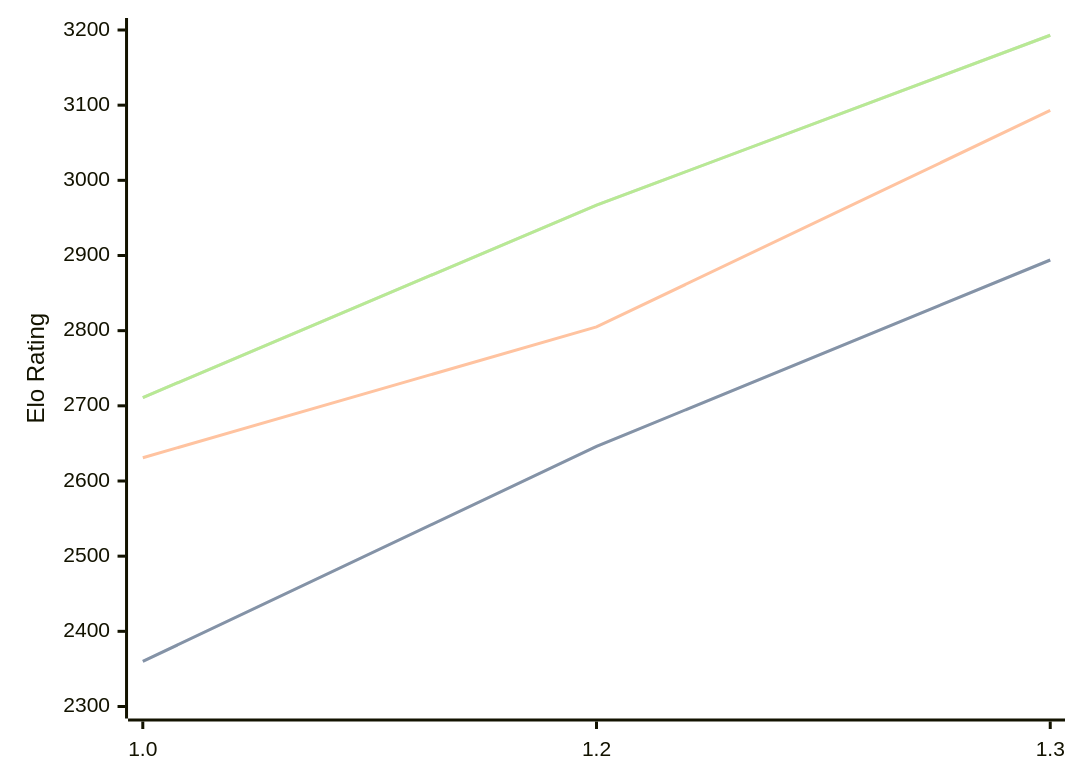
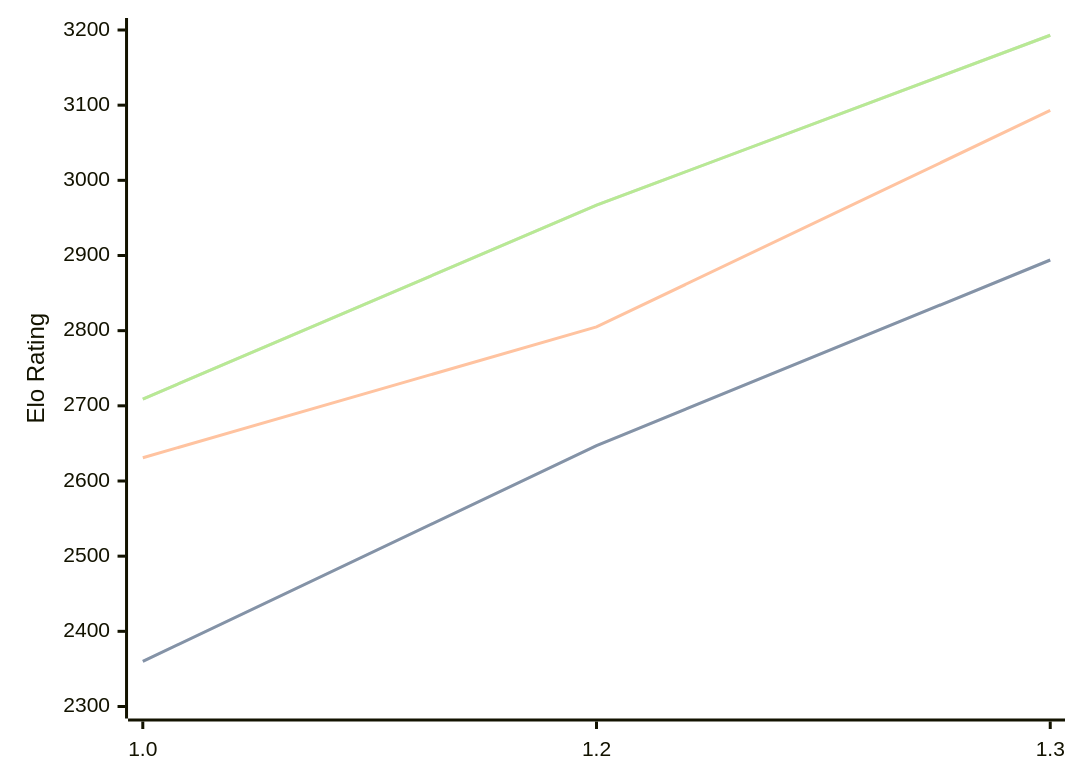
One commit to computer-chess-index/cci changed the diagram in engines/Chessnix.md. Above: the diagram before and after it, drawn with Mermaid. The commit also changed other lines of this file, not shown here.

Commit message:
Update CCI Ratings (ELO VLTC) - 2026-04-08

````diff
--- a/engines/Chessnix.md
+++ b/engines/Chessnix.md
@@ -35,11 +35,11 @@
 ```mermaid
 %%{init: {"theme":"base","themeVariables":{"seriesColors:['#a3a3a3','#222221','#faa371']}}}%%
 xychart-beta
   x-axis ["1.0", "1.2", "1.3"]
   y-axis "Elo Rating" 2300 --> 3200
-  line "STC (8.0+0.08s)" [2360, 2646, 2894]
-  line "STC (8.0+0.08s)" [2360, 2646, 2894]
+  line "STC (8.0+0.08s)" [2360, 2647, 2894]
+  line "STC (8.0+0.08s)" [2360, 2647, 2894]
   line "LTC (60.0+0.60s)" [2631, 2805, 3093]
-  line "VLTC (2m24s+1.12s)" [2711, 2967, 3193]
-  line "VLTC (2m24s+1.12s)" [2711, 2967, 3193]
+  line "VLTC (2m24s+1.12s)" [2709, 2967, 3193]
+  line "VLTC (2m24s+1.12s)" [2709, 2967, 3193]
 ```
````
